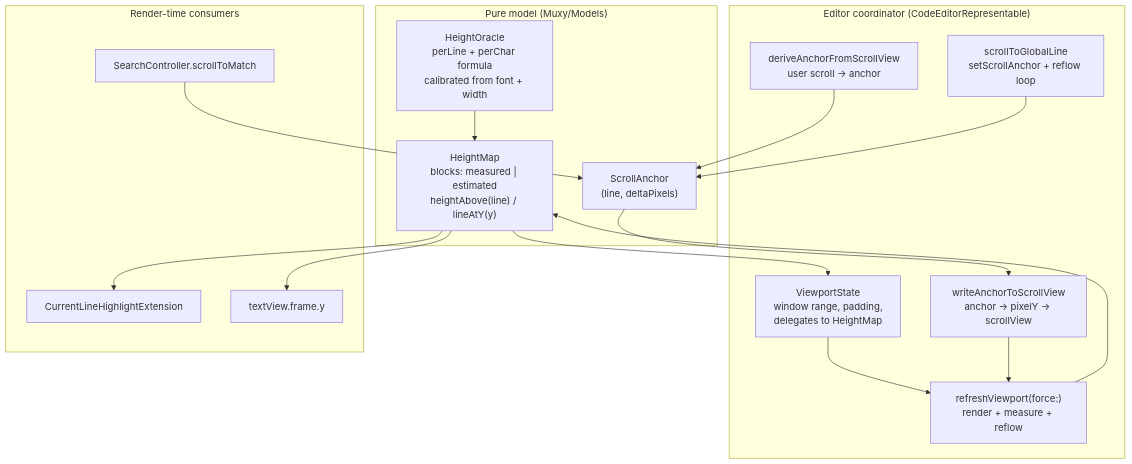
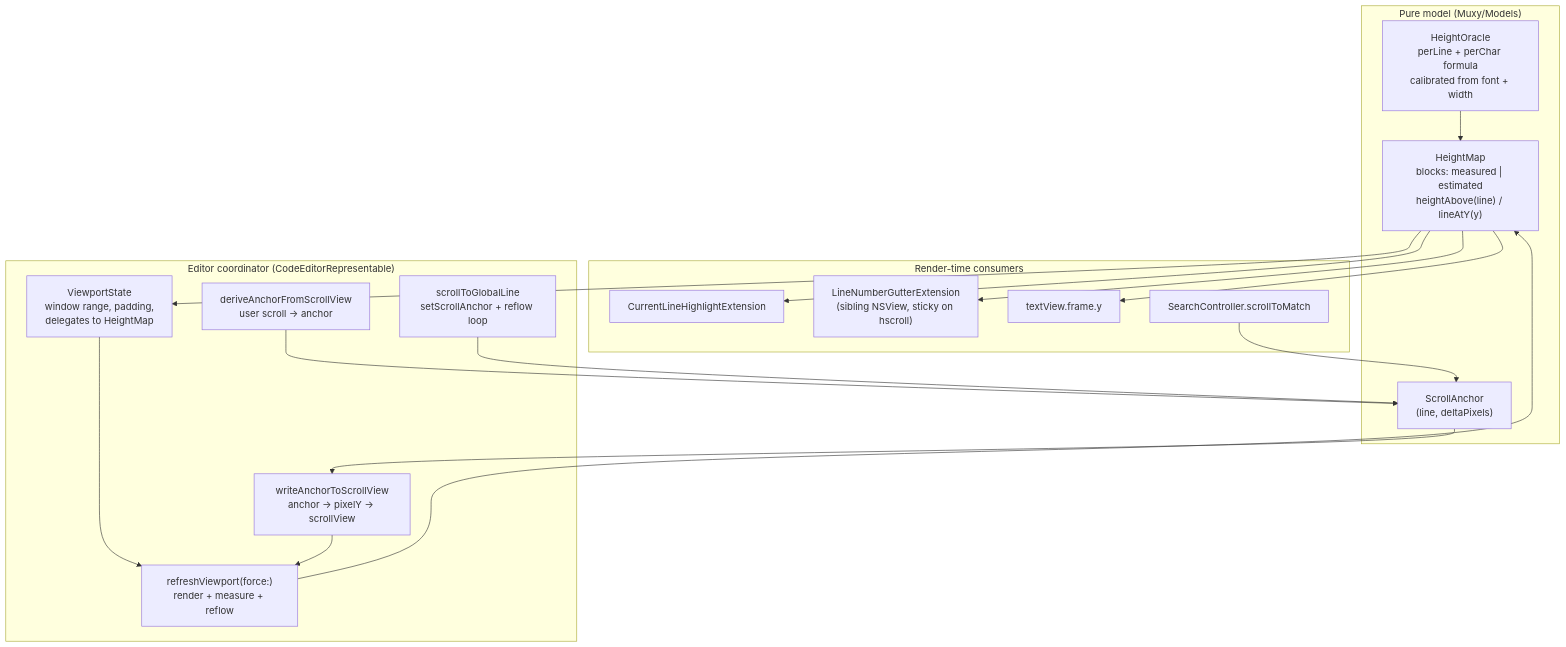
One commit to muxy-app/muxy changed the first of 4 diagrams in docs/developer/architecture/editor-geometry.md. Above: the diagram before and after it, drawn with Mermaid. The commit also changed other lines of this file and 5 other files, not shown here.

Commit message:
Fix sticky gutter

````diff
--- a/docs/developer/architecture/editor-geometry.md
+++ b/docs/developer/architecture/editor-geometry.md
@@ -7,34 +7,36 @@
 ```mermaid
 flowchart TB
   subgraph Pure["Pure model (Muxy/Models)"]
     Oracle["HeightOracle<br/>perLine + perChar formula<br/>calibrated from font + width"]
     Map["HeightMap<br/>blocks: measured | estimated<br/>heightAbove(line) / lineAtY(y)"]
     Anchor["ScrollAnchor<br/>(line, deltaPixels)"]
   end
 
   subgraph Editor["Editor coordinator (CodeEditorRepresentable)"]
     Viewport["ViewportState<br/>window range, padding,<br/>delegates to HeightMap"]
     Refresh["refreshViewport(force:)<br/>render + measure + reflow"]
     Jump["scrollToGlobalLine<br/>setScrollAnchor + reflow loop"]
     Write["writeAnchorToScrollView<br/>anchor → pixelY → scrollView"]
     Derive["deriveAnchorFromScrollView<br/>user scroll → anchor"]
   end
 
   subgraph Render["Render-time consumers"]
     Highlight["CurrentLineHighlightExtension"]
+    Gutter["LineNumberGutterExtension<br/>(sibling NSView, sticky on hscroll)"]
     Frame["textView.frame.y"]
     Search["SearchController.scrollToMatch"]
   end
 
   Oracle --> Map
   Map --> Viewport
   Viewport --> Refresh
   Refresh --> Map
   Anchor --> Write
   Write --> Refresh
   Derive --> Anchor
   Jump --> Anchor
   Search --> Anchor
   Map --> Highlight
+  Map --> Gutter
   Map --> Frame
 ```
````
